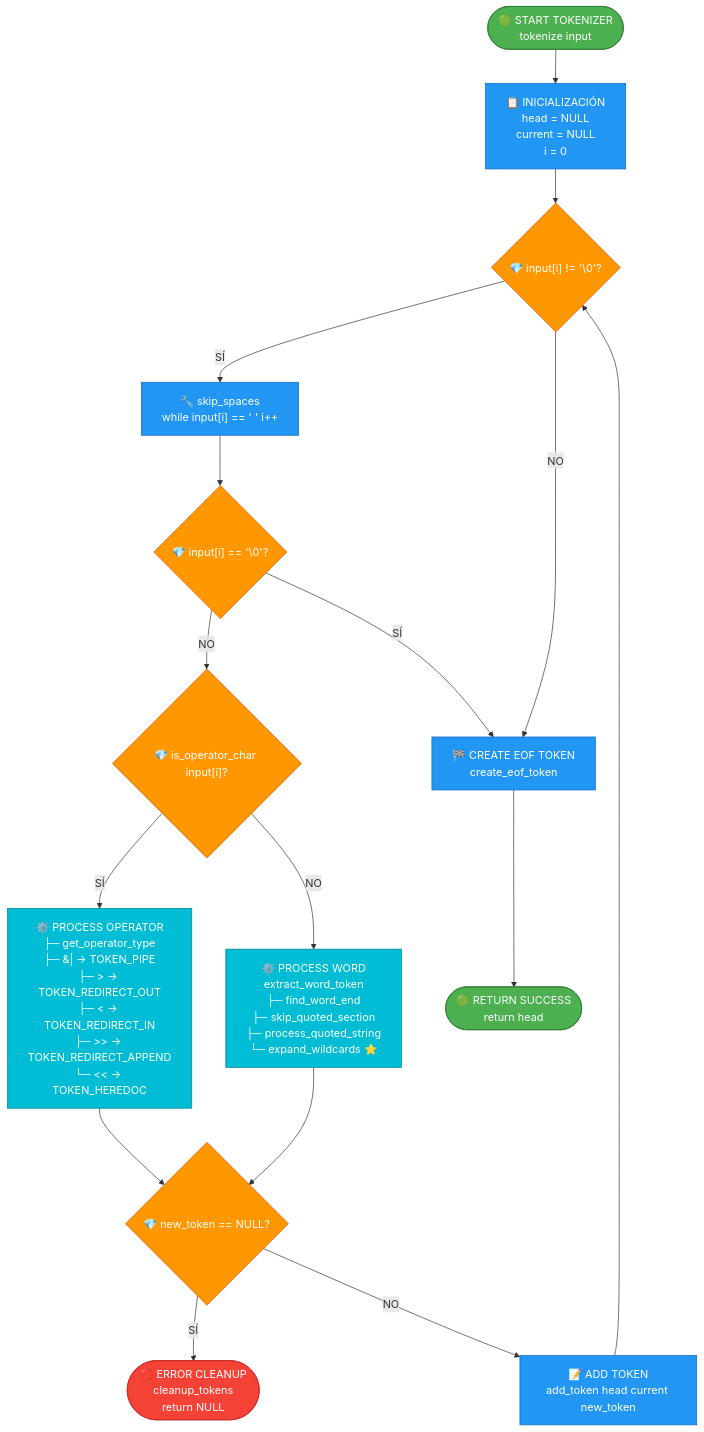
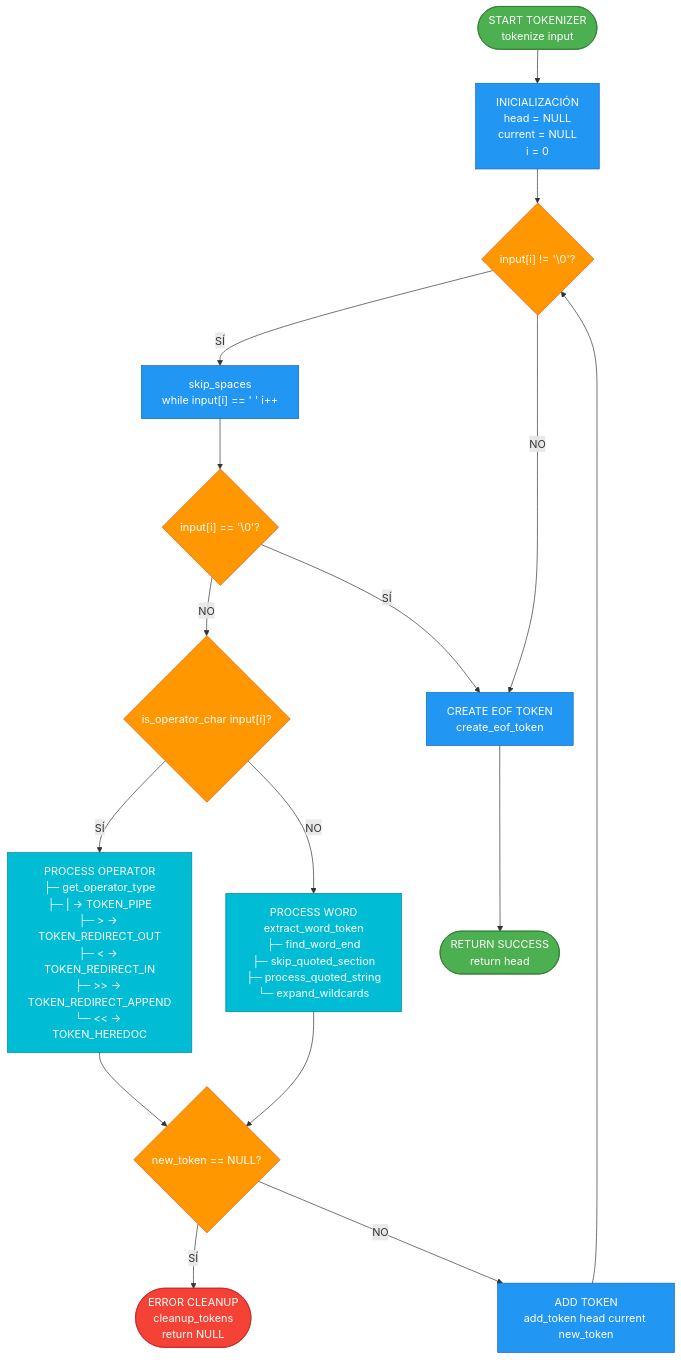
One commit to x65juan56x/minishell changed the second of 4 diagrams in docs/FLOWCHARTS.md. Above: the diagram before and after it, drawn with Mermaid. The commit also changed other lines of this file, not shown here.

````diff
--- a/docs/FLOWCHARTS.md
+++ b/docs/FLOWCHARTS.md
@@ -94,55 +94,55 @@
 ```mermaid
 flowchart TD
-    TOK_START([🟢 START TOKENIZER<br/>tokenize input])
-    TOK_INIT[📋 INICIALIZACIÓN<br/>head = NULL<br/>current = NULL<br/>i = 0]
+    TOK_START([START TOKENIZER<br/>tokenize input])
+    TOK_INIT[INICIALIZACIÓN<br/>head = NULL<br/>current = NULL<br/>i = 0]
     
-    TOK_LOOP{💎 input#91;i#93; != '\0'?}
-    SKIP_SPACES[🔧 skip_spaces<br/>while input#91;i#93; == ' ' i++]
-    CHECK_END{💎 input#91;i#93; == '\0'?}
+    TOK_LOOP{input#91;i#93; != '\0'?}
+    SKIP_SPACES[skip_spaces<br/>while input#91;i#93; == ' ' i++]
+    CHECK_END{input#91;i#93; == '\0'?}
     
-    IS_OPERATOR{💎 is_operator_char input#91;i#93;?}
-    PROC_OPERATOR[⚙️ PROCESS OPERATOR<br/>├─ get_operator_type<br/>├─ &#124; → TOKEN_PIPE<br/>├─ &gt; → TOKEN_REDIRECT_OUT<br/>├─ &lt; → TOKEN_REDIRECT_IN<br/>├─ &gt;&gt; → TOKEN_REDIRECT_APPEND<br/>└─ &lt;&lt; → TOKEN_HEREDOC]
+    IS_OPERATOR{is_operator_char input#91;i#93;?}
+    PROC_OPERATOR[PROCESS OPERATOR<br/>├─ get_operator_type<br/>├─ #124; → TOKEN_PIPE<br/>├─ &gt; → TOKEN_REDIRECT_OUT<br/>├─ &lt; → TOKEN_REDIRECT_IN<br/>├─ &gt;&gt; → TOKEN_REDIRECT_APPEND<br/>└─ &lt;&lt; → TOKEN_HEREDOC]
     
-    PROC_WORD[⚙️ PROCESS WORD<br/>extract_word_token<br/>├─ find_word_end<br/>├─ skip_quoted_section<br/>├─ process_quoted_string<br/>└─ expand_wildcards ⭐]
+    PROC_WORD[PROCESS WORD<br/>extract_word_token<br/>├─ find_word_end<br/>├─ skip_quoted_section<br/>├─ process_quoted_string<br/>└─ expand_wildcards]
     
-    CHECK_TOKEN{💎 new_token == NULL?}
-    ADD_TOKEN[📝 ADD TOKEN<br/>add_token head current new_token]
-    TOK_ERROR([🔴 ERROR CLEANUP<br/>cleanup_tokens<br/>return NULL])
+    CHECK_TOKEN{new_token == NULL?}
+    ADD_TOKEN[ADD TOKEN<br/>add_token head current new_token]
+    TOK_ERROR([ERROR CLEANUP<br/>cleanup_tokens<br/>return NULL])
     
-    EOF_TOKEN[🏁 CREATE EOF TOKEN<br/>create_eof_token]
-    TOK_SUCCESS([🟢 RETURN SUCCESS<br/>return head])
+    EOF_TOKEN[CREATE EOF TOKEN<br/>create_eof_token]
+    TOK_SUCCESS([RETURN SUCCESS<br/>return head])
     
     %% Flujo
     TOK_START --> TOK_INIT
     TOK_INIT --> TOK_LOOP
     TOK_LOOP -->|SÍ| SKIP_SPACES
     SKIP_SPACES --> CHECK_END
     CHECK_END -->|SÍ| EOF_TOKEN
     CHECK_END -->|NO| IS_OPERATOR
     
     IS_OPERATOR -->|SÍ| PROC_OPERATOR
     IS_OPERATOR -->|NO| PROC_WORD
     
     PROC_OPERATOR --> CHECK_TOKEN
     PROC_WORD --> CHECK_TOKEN
     
     CHECK_TOKEN -->|SÍ| TOK_ERROR
     CHECK_TOKEN -->|NO| ADD_TOKEN
     
     ADD_TOKEN --> TOK_LOOP
     TOK_LOOP -->|NO| EOF_TOKEN
     EOF_TOKEN --> TOK_SUCCESS
     
     %% Estilos
     classDef startEnd fill:#4CAF50,stroke:#2E7D32,color:#fff
     classDef process fill:#2196F3,stroke:#1565C0,color:#fff
     classDef decision fill:#FF9800,stroke:#E65100,color:#fff
     classDef error fill:#F44336,stroke:#C62828,color:#fff
     classDef subprocess fill:#00BCD4,stroke:#00838F,color:#fff
     
     class TOK_START,TOK_SUCCESS startEnd
     class TOK_INIT,SKIP_SPACES,ADD_TOKEN,EOF_TOKEN process
     class TOK_LOOP,CHECK_END,IS_OPERATOR,CHECK_TOKEN decision
     class TOK_ERROR error
     class PROC_OPERATOR,PROC_WORD subprocess
 ```
````
